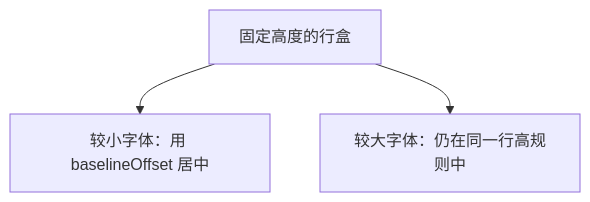
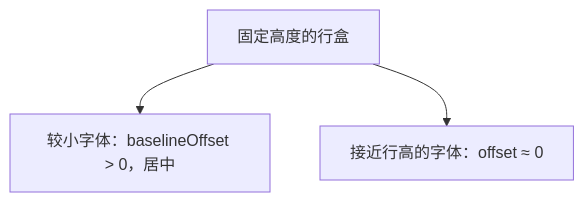
One commit to iAmMccc/InkMarkdown changed the eighth of 10 diagrams in docs/learning-path/04-inkmarkdown-render-pipeline.md. Above: the diagram before and after it, drawn with Mermaid. The commit also changed other lines of this file and 13 other files, not shown here.

````diff
--- a/docs/learning-path/04-inkmarkdown-render-pipeline.md
+++ b/docs/learning-path/04-inkmarkdown-render-pipeline.md
@@ -208,5 +554,5 @@
 ```mermaid
 flowchart TD
-  A["固定高度的行盒"] --> B["较小字体：用 baselineOffset 居中"]
-  A --> C["较大字体：仍在同一行高规则中"]
+  A["固定高度的行盒"] --> B["较小字体：baselineOffset > 0，居中"]
+  A --> C["接近行高的字体：offset ≈ 0"]
 ```
````
